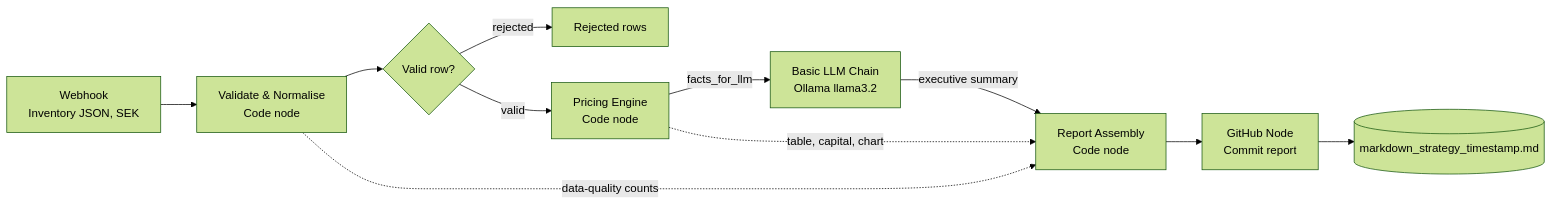
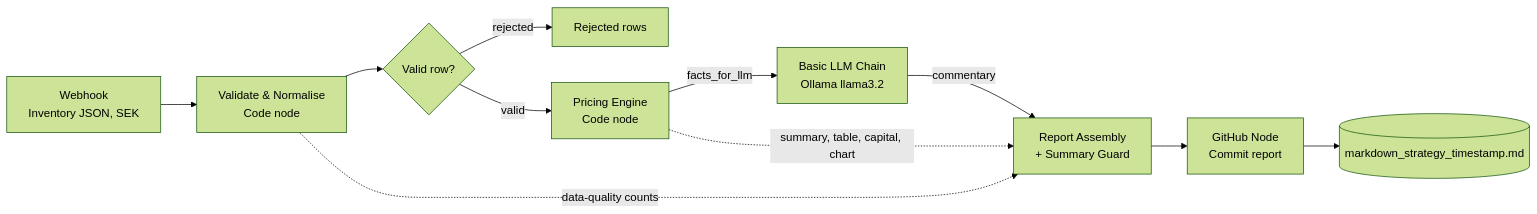
Before and after one commit to thivakar-allimuthu/enterprise-ai-lab: the diagram in case-studies/Autonomous-Pricing-Markdown/README.md, drawn with Mermaid (forest theme). The commit also changed other lines of this file, not shown here.

First line of the commit message:
Revise README for LLM commentary and summary guard

````diff
--- a/case-studies/Autonomous-Pricing-Markdown/README.md
+++ b/case-studies/Autonomous-Pricing-Markdown/README.md
@@ -52,13 +47,13 @@
 ```mermaid
 flowchart LR
     A["Webhook<br/>Inventory JSON, SEK"] --> B["Validate & Normalise<br/>Code node"]
     B --> C{"Valid row?"}
     C -- "rejected" --> R["Rejected rows"]
     C -- "valid" --> D["Pricing Engine<br/>Code node"]
     D -- "facts_for_llm" --> E["Basic LLM Chain<br/>Ollama llama3.2"]
-    E -- "executive summary" --> F["Report Assembly<br/>Code node"]
-    D -. "table, capital, chart" .-> F
+    E -- "commentary" --> F["Report Assembly<br/>+ Summary Guard"]
+    D -. "summary, table, capital, chart" .-> F
     B -. "data-quality counts" .-> F
     F --> G["GitHub Node<br/>Commit report"]
     G --> H[("markdown_strategy_timestamp.md")]
 ```
````
